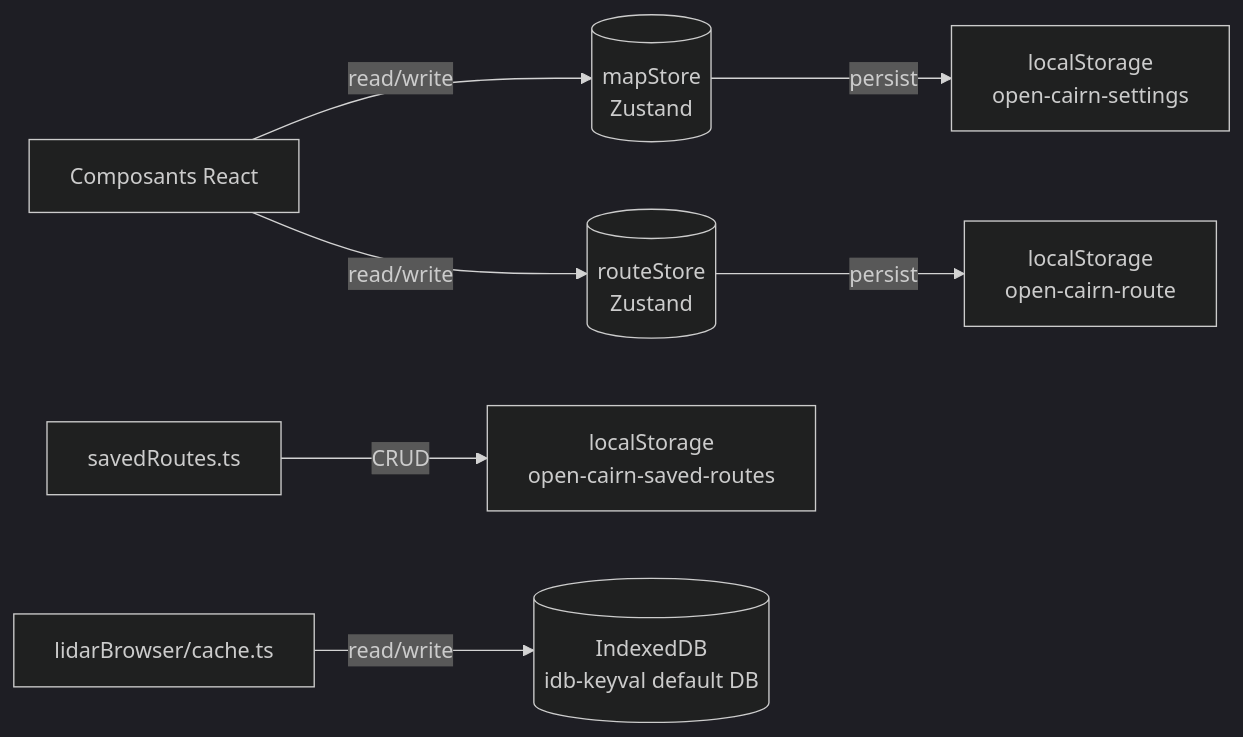
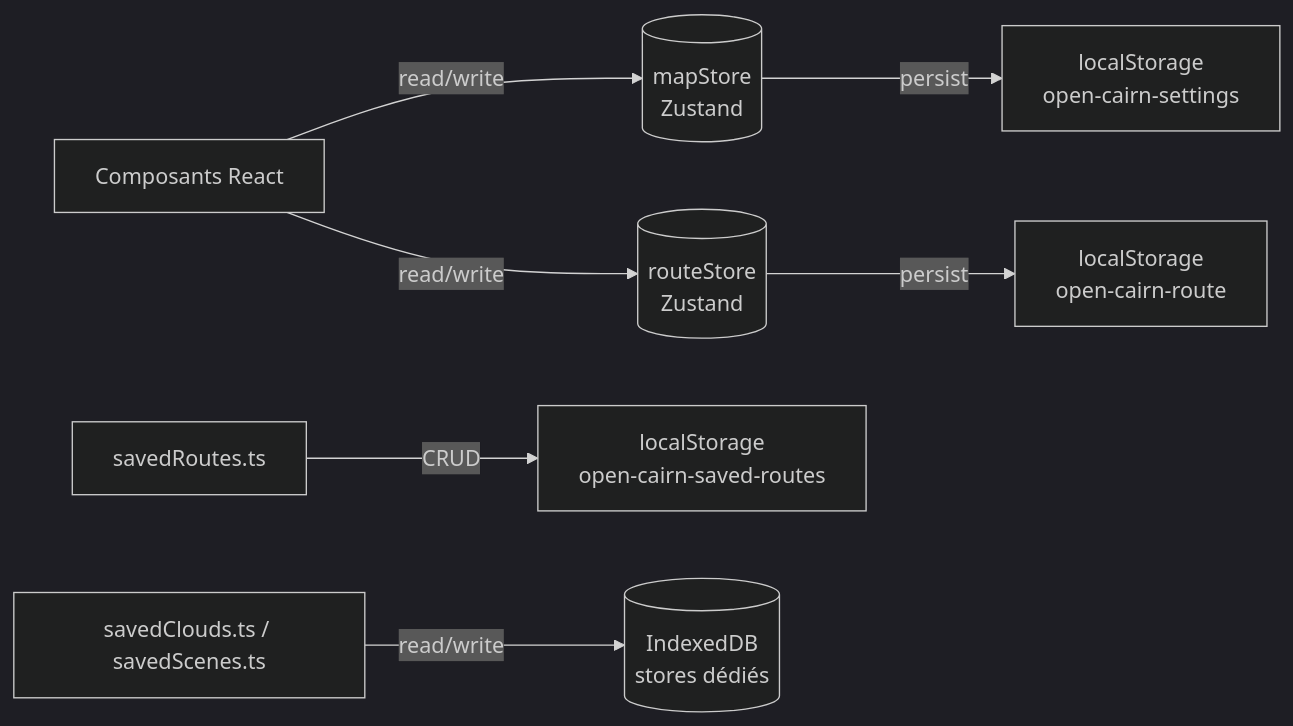
Before and after one commit to Plonk42/open-cairn: the diagram in docs/STATE_AND_PERSISTENCE.md, drawn with Mermaid (dark theme). The commit also changed 6 other files, not shown here.

First line of the commit message:
refactor(lidar): remove IndexedDB result cache layer

````diff
--- a/docs/STATE_AND_PERSISTENCE.md
+++ b/docs/STATE_AND_PERSISTENCE.md
@@ -26,9 +26,9 @@
 ```mermaid
 flowchart LR
     UI[Composants React] -->|read/write| MapStore[(mapStore<br/>Zustand)]
     UI -->|read/write| RouteStore[(routeStore<br/>Zustand)]
     MapStore -->|persist| LSm["localStorage<br/>open-cairn-settings"]
     RouteStore -->|persist| LSr["localStorage<br/>open-cairn-route"]
     SavedRoutes[savedRoutes.ts] -->|CRUD| LSs["localStorage<br/>open-cairn-saved-routes"]
-    LidarBrowser[lidarBrowser/cache.ts] -->|read/write| IDB[(IndexedDB<br/>idb-keyval default DB)]
+    SavedClouds[savedClouds.ts / savedScenes.ts] -->|read/write| IDB[(IndexedDB<br/>stores dédiés)]
 ```
````
